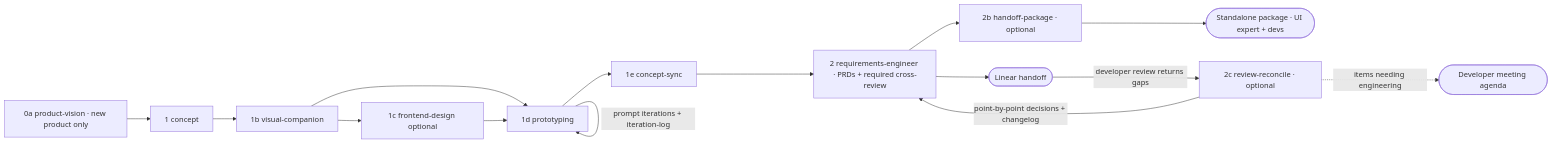
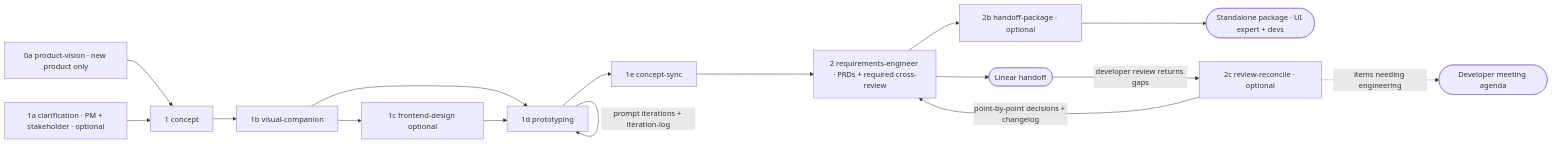
Before and after one commit to silviobeer/agentic-development-skill-chain: the diagram in docs/pm-chain.md, drawn with Mermaid. The commit also changed other lines of this file and 12 other files, not shown here.

First line of the commit message:
feat(clarification): add optional 1a clarification skill before concept

````diff
--- a/docs/pm-chain.md
+++ b/docs/pm-chain.md
@@ -7,17 +7,18 @@
 ```mermaid
 flowchart LR
   S0A[0a product-vision · new product only] --> S1[1 concept]
+  S1A[1a clarification · PM + stakeholder · optional] --> S1
   S1 --> S1B[1b visual-companion]
   S1B --> S1C[1c frontend-design optional]
   S1B --> S1D[1d prototyping]
   S1C --> S1D
   S1D -->|prompt iterations + iteration-log| S1D
   S1D --> S1E[1e concept-sync]
   S1E --> S2[2 requirements-engineer · PRDs + required cross-review]
   S2 --> S2B[2b handoff-package · optional]
   S2 --> LIN([Linear handoff])
   S2B --> EXT([Standalone package · UI expert + devs])
   LIN -->|developer review returns gaps| S2C[2c review-reconcile · optional]
   S2C -->|point-by-point decisions + changelog| S2
   S2C -.->|items needing engineering| MTG([Developer meeting agenda])
 ```
````
